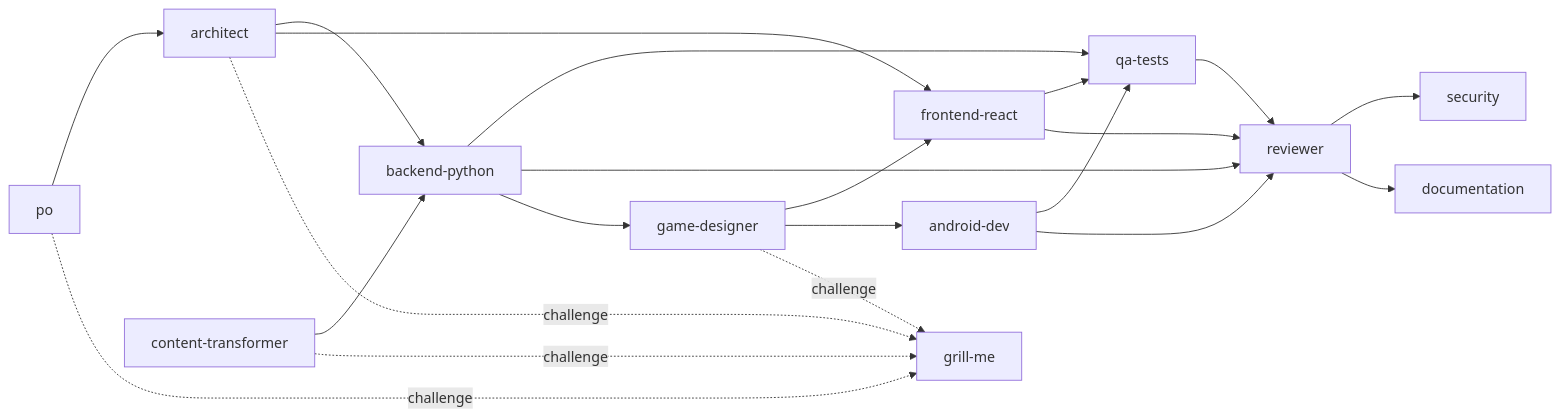
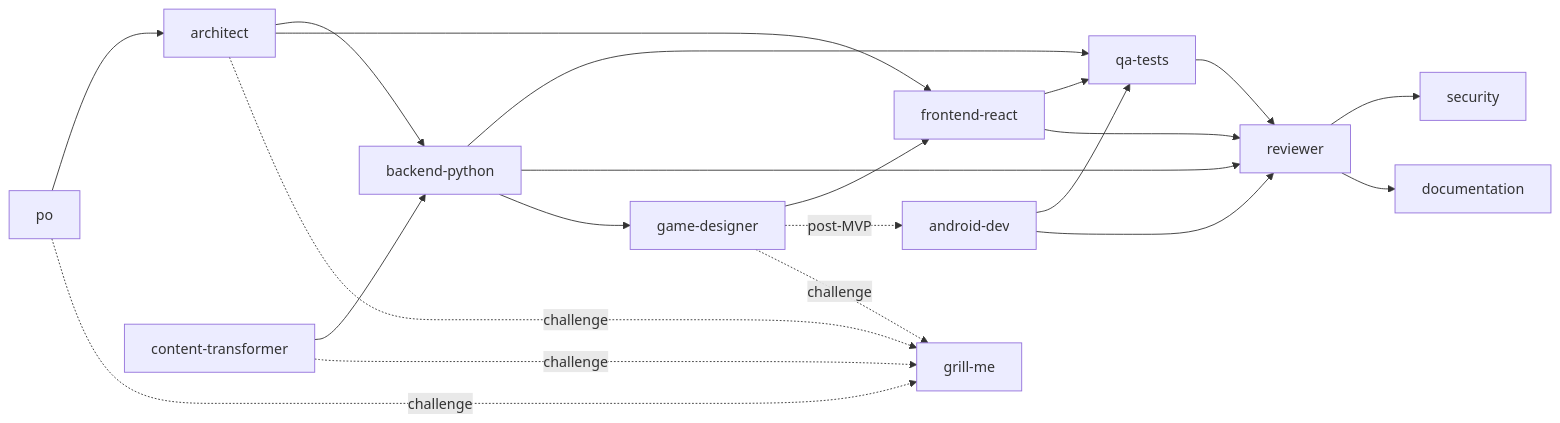
The diagram in docs/process/relations.md (pierrecosta/langues-de-france), drawn with Mermaid before and after one commit. The commit also changed other lines of this file and 80 other files, not shown here.

````diff
--- a/docs/process/relations.md
+++ b/docs/process/relations.md
@@ -72,23 +72,23 @@
 ```mermaid
 flowchart LR
   po --> architect
   architect --> backend-python
   architect --> frontend-react
   backend-python --> qa-tests
   backend-python --> reviewer
   frontend-react --> qa-tests
   frontend-react --> reviewer
   qa-tests --> reviewer
   reviewer --> security
   reviewer --> documentation
   content-transformer --> backend-python
   backend-python --> game-designer
   game-designer --> frontend-react
-  game-designer --> android-dev
+  game-designer -. post-MVP .-> android-dev
   android-dev --> qa-tests
   android-dev --> reviewer
   po -.challenge.-> grill-me
   architect -.challenge.-> grill-me
   content-transformer -.challenge.-> grill-me
   game-designer -.challenge.-> grill-me
 ```
````
